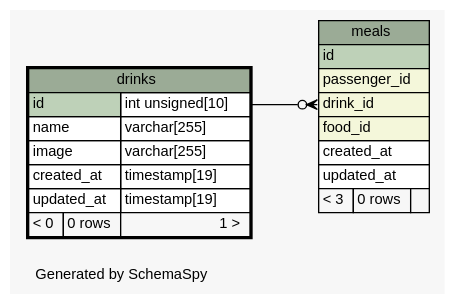
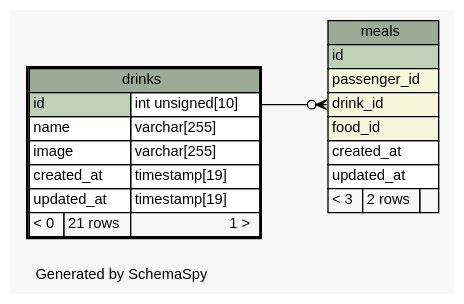
Before and after one commit to joaonzangoII/flightbookingsystem: the diagram in web/app/database/schema/diagrams/drinks.1degree.dot, drawn with Graphviz. The commit also changed 129 other files, not shown here.

```diff
--- a/web/app/database/schema/diagrams/drinks.1degree.dot
+++ b/web/app/database/schema/diagrams/drinks.1degree.dot
@@ -1,52 +1,52 @@
-// dot 2.38.0 on Linux 4.8.0-46-generic
+// dot 2.38.0 on Linux 4.8.0-49-generic
 // SchemaSpy rev 590
 digraph "oneDegreeRelationshipsDiagram" {
   graph [
     rankdir="RL"
     bgcolor="#f7f7f7"
     label="\nGenerated by SchemaSpy"
     labeljust="l"
     nodesep="0.18"
     ranksep="0.46"
     fontname="Helvetica"
     fontsize="11"
   ];
   node [
     fontname="Helvetica"
     fontsize="11"
     shape="plaintext"
   ];
   edge [
     arrowsize="0.8"
   ];
   "meals":"drink_id":w -> "drinks":"id.type":e [arrowhead=none dir=back arrowtail=crowodot];
   "drinks" [
     label=<
     <TABLE BORDER="2" CELLBORDER="1" CELLSPACING="0" BGCOLOR="#ffffff">
       <TR><TD COLSPAN="3" BGCOLOR="#9bab96" ALIGN="CENTER">drinks</TD></TR>
       <TR><TD PORT="id" COLSPAN="2" BGCOLOR="#bed1b8" ALIGN="LEFT">id</TD><TD PORT="id.type" ALIGN="LEFT">int unsigned[10]</TD></TR>
       <TR><TD PORT="name" COLSPAN="2" ALIGN="LEFT">name</TD><TD PORT="name.type" ALIGN="LEFT">varchar[255]</TD></TR>
       <TR><TD PORT="image" COLSPAN="2" ALIGN="LEFT">image</TD><TD PORT="image.type" ALIGN="LEFT">varchar[255]</TD></TR>
       <TR><TD PORT="created_at" COLSPAN="2" ALIGN="LEFT">created_at</TD><TD PORT="created_at.type" ALIGN="LEFT">timestamp[19]</TD></TR>
       <TR><TD PORT="updated_at" COLSPAN="2" ALIGN="LEFT">updated_at</TD><TD PORT="updated_at.type" ALIGN="LEFT">timestamp[19]</TD></TR>
-      <TR><TD ALIGN="LEFT" BGCOLOR="#f7f7f7">&lt; 0</TD><TD ALIGN="RIGHT" BGCOLOR="#f7f7f7">0 rows</TD><TD ALIGN="RIGHT" BGCOLOR="#f7f7f7">1 &gt;</TD></TR>
+      <TR><TD ALIGN="LEFT" BGCOLOR="#f7f7f7">&lt; 0</TD><TD ALIGN="RIGHT" BGCOLOR="#f7f7f7">21 rows</TD><TD ALIGN="RIGHT" BGCOLOR="#f7f7f7">1 &gt;</TD></TR>
     </TABLE>>
     URL="drinks.html"
     tooltip="drinks"
   ];
   "meals" [
     label=<
     <TABLE BORDER="0" CELLBORDER="1" CELLSPACING="0" BGCOLOR="#ffffff">
       <TR><TD COLSPAN="3" BGCOLOR="#9bab96" ALIGN="CENTER">meals</TD></TR>
       <TR><TD PORT="id" COLSPAN="3" BGCOLOR="#bed1b8" ALIGN="LEFT">id</TD></TR>
       <TR><TD PORT="passenger_id" COLSPAN="3" BGCOLOR="#f4f7da" ALIGN="LEFT">passenger_id</TD></TR>
       <TR><TD PORT="drink_id" COLSPAN="3" BGCOLOR="#f4f7da" ALIGN="LEFT">drink_id</TD></TR>
       <TR><TD PORT="food_id" COLSPAN="3" BGCOLOR="#f4f7da" ALIGN="LEFT">food_id</TD></TR>
       <TR><TD PORT="created_at" COLSPAN="3" ALIGN="LEFT">created_at</TD></TR>
       <TR><TD PORT="updated_at" COLSPAN="3" ALIGN="LEFT">updated_at</TD></TR>
-      <TR><TD ALIGN="LEFT" BGCOLOR="#f7f7f7">&lt; 3</TD><TD ALIGN="RIGHT" BGCOLOR="#f7f7f7">0 rows</TD><TD ALIGN="RIGHT" BGCOLOR="#f7f7f7">  </TD></TR>
+      <TR><TD ALIGN="LEFT" BGCOLOR="#f7f7f7">&lt; 3</TD><TD ALIGN="RIGHT" BGCOLOR="#f7f7f7">2 rows</TD><TD ALIGN="RIGHT" BGCOLOR="#f7f7f7">  </TD></TR>
     </TABLE>>
     URL="meals.html"
     tooltip="meals"
   ];
 }
```
